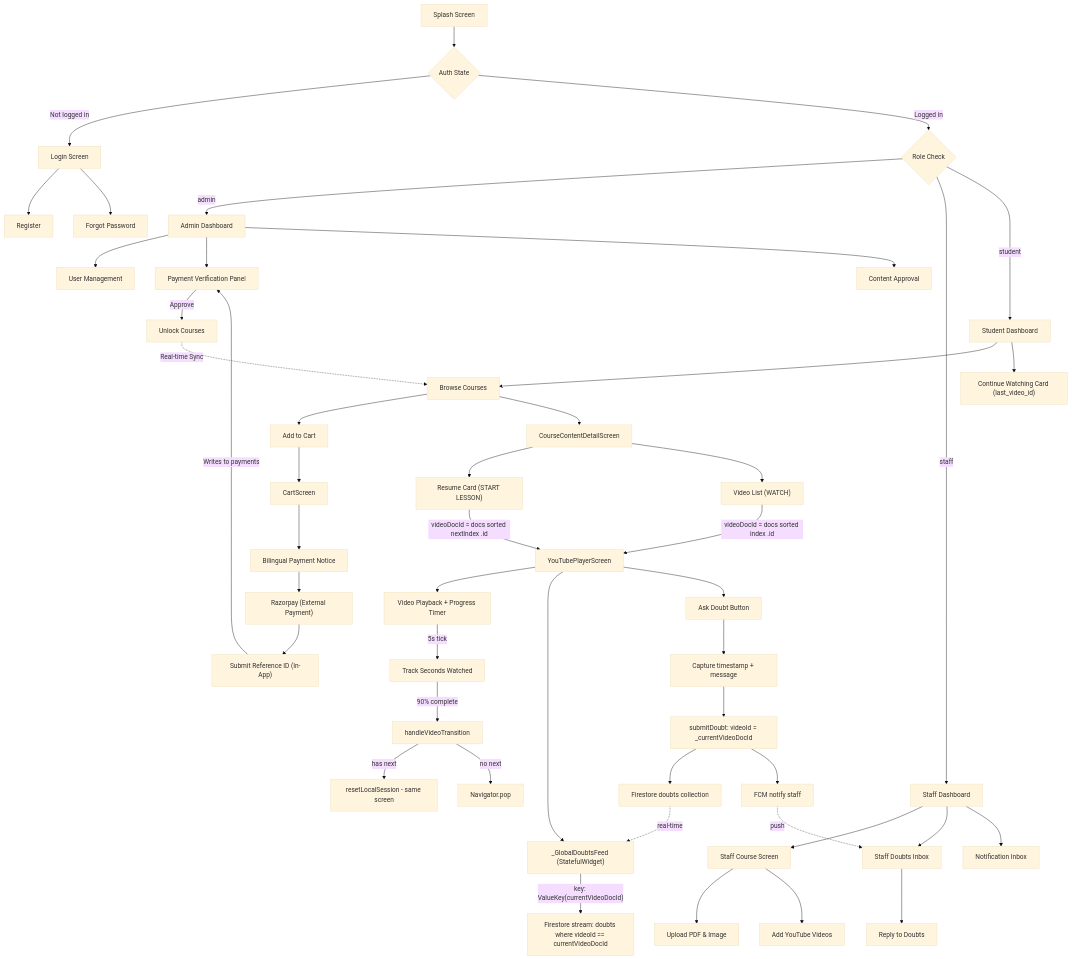
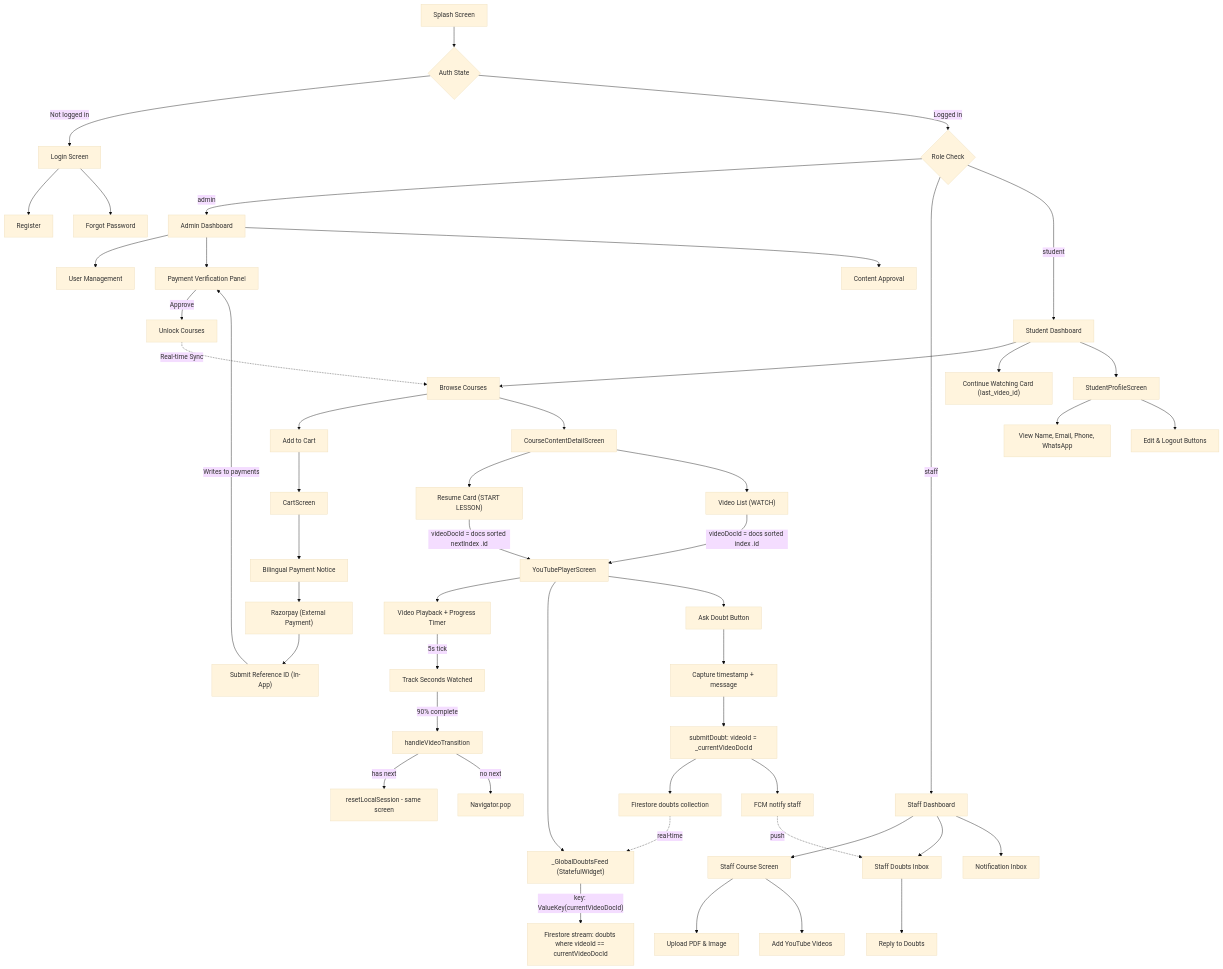
Before and after one commit to Vinothkumar0311/Vaagai_app: the diagram in README.md, drawn with Mermaid (base theme). The commit also changed other lines of this file and 22 other files, not shown here.

````diff
--- a/README.md
+++ b/README.md
@@ -492,60 +499,64 @@
 ```mermaid
 graph TD
     A[Splash Screen] --> B{Auth State}
     B -->|Not logged in| C[Login Screen]
     C --> D[Register] & E[Forgot Password]
     B -->|Logged in| F{Role Check}
 
     F -->|admin| G[Admin Dashboard]
     F -->|staff| H[Staff Dashboard]
     F -->|student| I[Student Dashboard]
 
     G --> G1[User Management]
     G --> G2[Payment Verification Panel]
     G --> G3[Content Approval]
     G2 -->|Approve| G4[Unlock Courses]
 
     H --> H1[Staff Course Screen]
     H1 --> H2[Upload PDF & Image]
     H1 --> H3[Add YouTube Videos]
     H --> H4[Staff Doubts Inbox]
     H4 --> H5[Reply to Doubts]
     H --> H6[Notification Inbox]
 
     I --> I1[Browse Courses]
     I --> I2["Continue Watching Card (last_video_id)"]
     I1 --> IC["Add to Cart"]
     IC --> IS[CartScreen]
     
     IS --> IP["Bilingual Payment Notice"]
     IP --> IR["Razorpay (External Payment)"]
     IR --> IV["Submit Reference ID (In-App)"]
     IV -->|Writes to payments| G2
 
+    I --> I19[StudentProfileScreen]
+    I19 --> I20[View Name, Email, Phone, WhatsApp]
+    I19 --> I21[Edit & Logout Buttons]
+
     I1 --> I3[CourseContentDetailScreen]
     I3 --> I4["Resume Card (START LESSON)"]
     I3 --> I5["Video List (WATCH)"]
 
     I4 -->|videoDocId = docs sorted nextIndex .id| I6
     I5 -->|videoDocId = docs sorted index .id| I6
 
     I6[YouTubePlayerScreen]
     I6 --> I7[Video Playback + Progress Timer]
     I7 -->|5s tick| I8[Track Seconds Watched]
     I8 -->|90% complete| I9[handleVideoTransition]
     I9 -->|has next| I10[resetLocalSession - same screen]
     I9 -->|no next| I11[Navigator.pop]
 
     I6 --> I12["_GlobalDoubtsFeed (StatefulWidget)"]
     I12 -->|"key: ValueKey(currentVideoDocId)"| I13["Firestore stream: doubts where videoId == currentVideoDocId"]
 
     I6 --> I14[Ask Doubt Button]
     I14 --> I15[Capture timestamp + message]
     I15 --> I16["submitDoubt: videoId = _currentVideoDocId"]
     I16 --> I17[Firestore doubts collection]
     I16 --> I18[FCM notify staff]
 
     I17 -.->|real-time| I12
     I18 -.->|push| H4
     G4 -.->|Real-time Sync| I1
 ```
````
